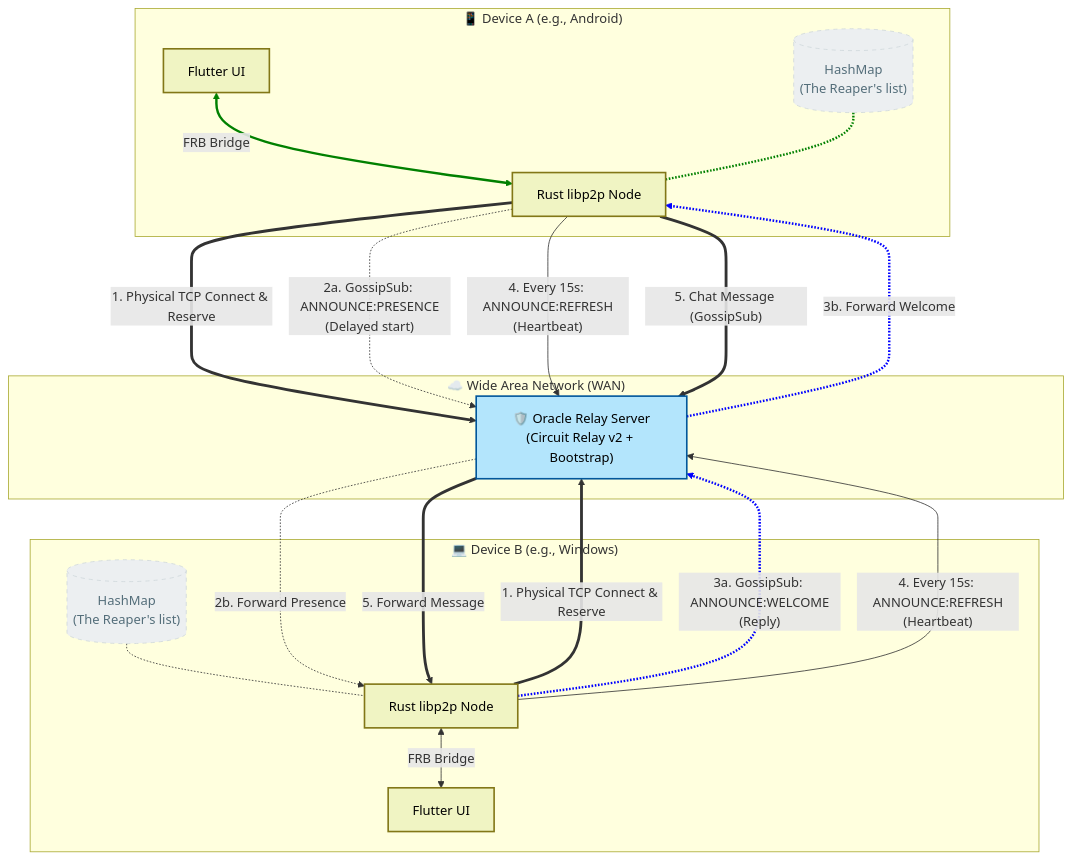
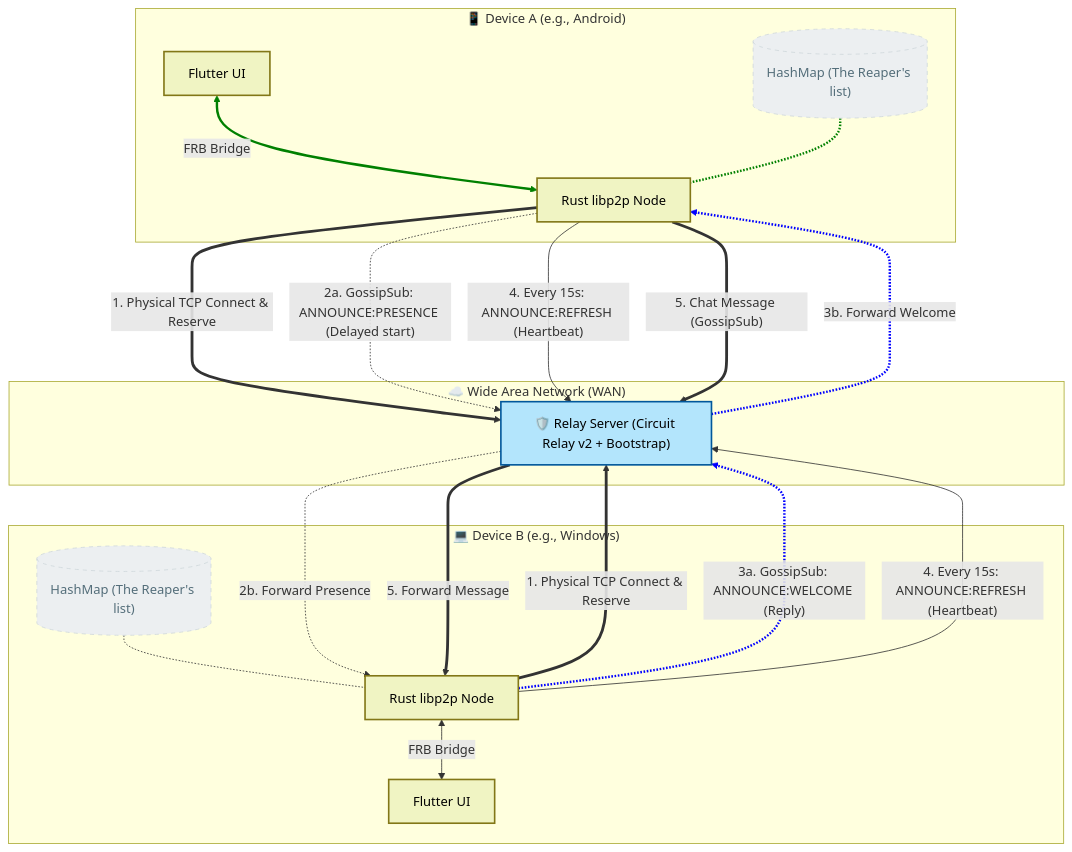
The diagram in README.md (Oiertxo/P2PMsg), drawn with Mermaid before and after one commit. The commit also changed other lines of this file, not shown here.

Commit message:
README update

````diff
--- a/README.md
+++ b/README.md
@@ -15,46 +17,46 @@
 ```mermaid
 graph TD
     subgraph "📱 Device A (e.g., Android)"
         UI_A[Flutter UI] <-->|"FRB Bridge"| Node_A[Rust libp2p Node]
-        State_A[("HashMap<PeerId, Instant>\n(The Reaper's list)")] -.- Node_A
+        State_A[("HashMap<PeerId, Instant> (The Reaper's list)")] -.- Node_A
     end
 
     subgraph "☁️ Wide Area Network (WAN)"
-        Relay["🛡️ Oracle Relay Server\n(Circuit Relay v2 + Bootstrap)"]
+        Relay["🛡️ Relay Server (Circuit Relay v2 + Bootstrap)"]
     end
 
     subgraph "💻 Device B (e.g., Windows)"
         Node_B[Rust libp2p Node] <-->|"FRB Bridge"| UI_B[Flutter UI]
-        State_B[("HashMap<PeerId, Instant>\n(The Reaper's list)")] -.- Node_B
+        State_B[("HashMap<PeerId, Instant> (The Reaper's list)")] -.- Node_B
     end
 
     %% 1. Physical Connections
     Node_A ==>|"1. Physical TCP Connect & Reserve"| Relay
     Node_B ==>|"1. Physical TCP Connect & Reserve"| Relay
 
     %% 2. Handshake Logical Flow (GossipSub)
-    Node_A -..->|"2a. GossipSub: ANNOUNCE:PRESENCE\n(Delayed start)"| Relay
+    Node_A -..->|"2a. GossipSub: ANNOUNCE:PRESENCE (Delayed start)"| Relay
     Relay -..->|"2b. Forward Presence"| Node_B
 
-    Node_B -..->|"3a. GossipSub: ANNOUNCE:WELCOME\n(Reply)"| Relay
+    Node_B -..->|"3a. GossipSub: ANNOUNCE:WELCOME (Reply)"| Relay
     Relay -..->|"3b. Forward Welcome"| Node_A
 
     %% 4. Steady State & Chat
-    Node_A --"4. Every 15s: ANNOUNCE:REFRESH\n(Heartbeat)"--> Relay
-    Node_B --"4. Every 15s: ANNOUNCE:REFRESH\n(Heartbeat)"--> Relay
+    Node_A --"4. Every 15s: ANNOUNCE:REFRESH (Heartbeat)"--> Relay
+    Node_B --"4. Every 15s: ANNOUNCE:REFRESH (Heartbeat)"--> Relay
 
     Node_A =="5. Chat Message (GossipSub)"==> Relay =="5. Forward Message"==> Node_B
 
     %% Styling
     classDef device fill:#f0f4c3,stroke:#827717,stroke-width:2px,color:#000;
     classDef cloud fill:#b3e5fc,stroke:#01579b,stroke-width:2px,color:#000;
     classDef internal fill:#eceff1,stroke:#cfd8dc,stroke-dasharray: 5 5,color:#546e7a;
 
     class UI_A,Node_A,UI_B,Node_B device;
     class Relay cloud;
     class State_A,State_B internal;
 
     linkStyle 0,1 stroke-width:3px,fill:none,stroke:green;
     linkStyle 8,9 stroke-width:3px,fill:none,stroke:blue;
 
 ```
````
